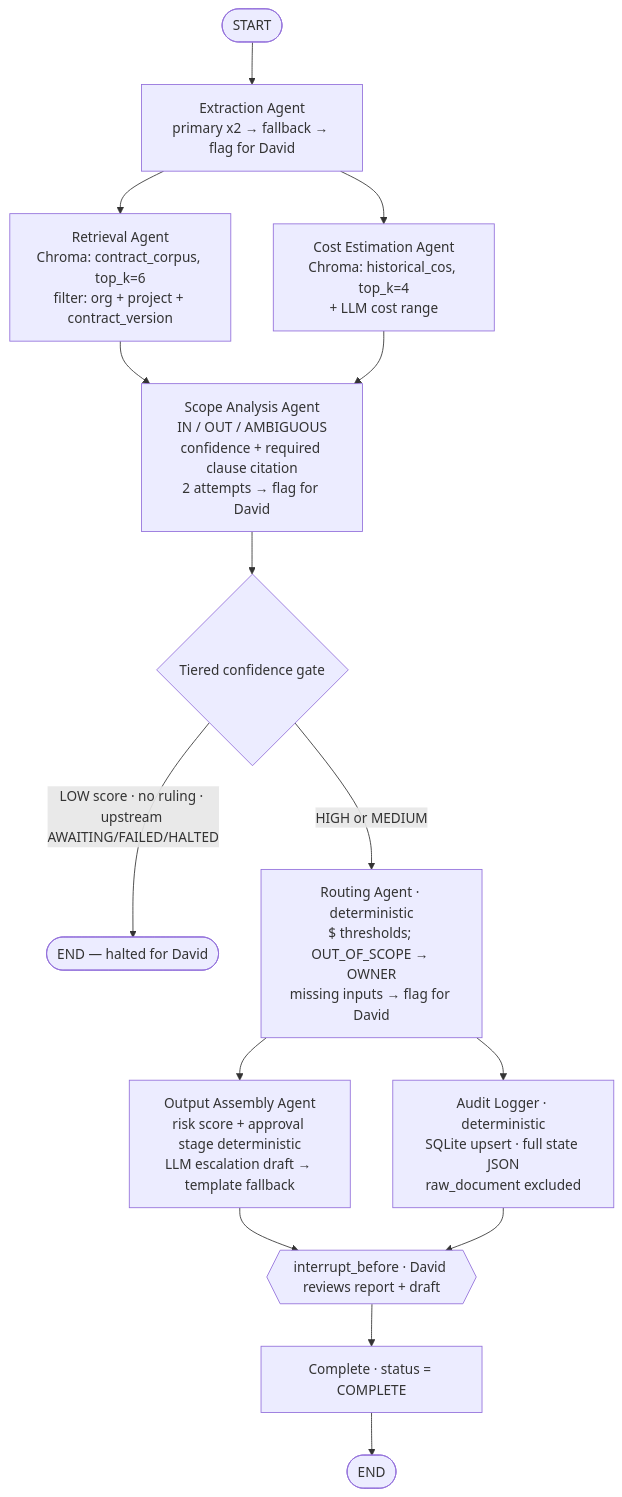
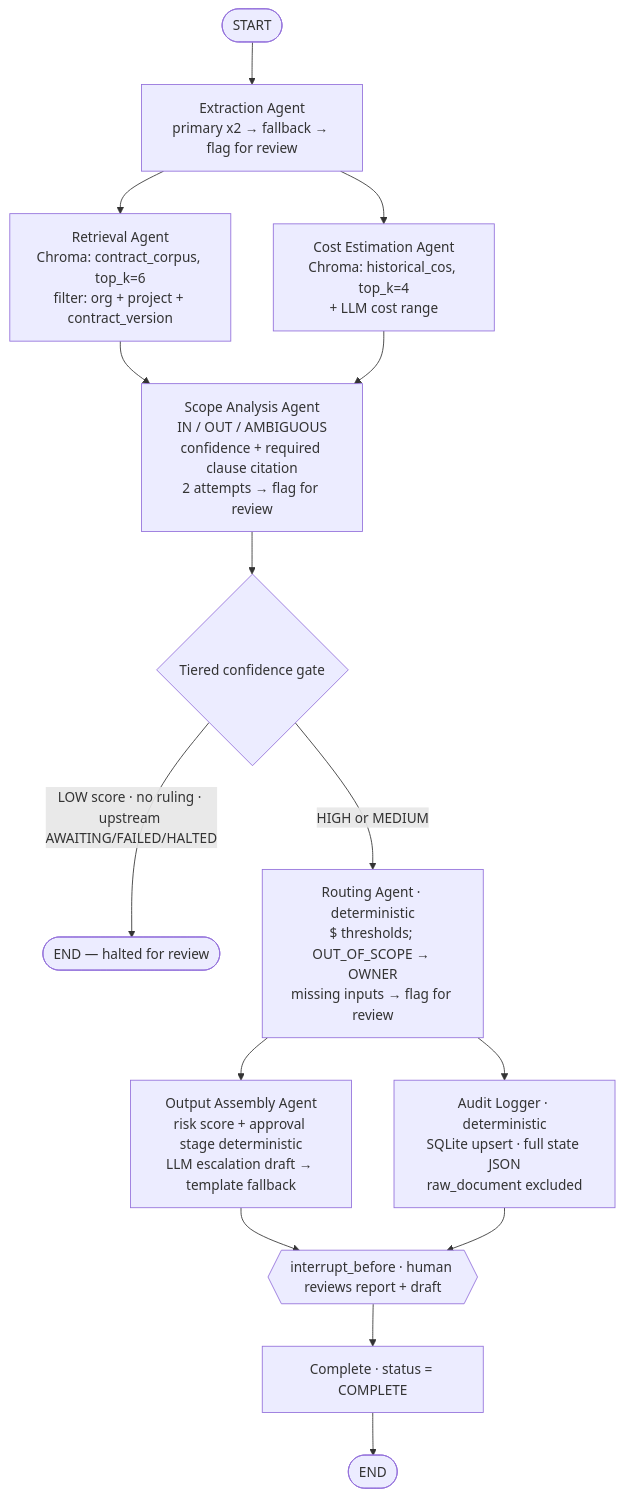
Before and after one commit to bmt3755/change-order-agent: the second of 2 diagrams in README.md, drawn with Mermaid. The commit also changed other lines of this file, not shown here.

Commit message:
Generalize human-review references in README

````diff
--- a/README.md
+++ b/README.md
@@ -67,22 +67,22 @@
 ```mermaid
 flowchart TD
-    START([START]) --> EX[Extraction Agent<br/>primary x2 → fallback → flag for David]
+    START([START]) --> EX[Extraction Agent<br/>primary x2 → fallback → flag for review]
 
     EX --> RET[Retrieval Agent<br/>Chroma: contract_corpus, top_k=6<br/>filter: org + project + contract_version]
     EX --> COST[Cost Estimation Agent<br/>Chroma: historical_cos, top_k=4<br/>+ LLM cost range]
 
-    RET --> SCOPE[Scope Analysis Agent<br/>IN / OUT / AMBIGUOUS<br/>confidence + required clause citation<br/>2 attempts → flag for David]
+    RET --> SCOPE[Scope Analysis Agent<br/>IN / OUT / AMBIGUOUS<br/>confidence + required clause citation<br/>2 attempts → flag for review]
     COST --> SCOPE
 
     SCOPE --> GATE{Tiered confidence gate}
-    GATE -->|LOW score · no ruling · upstream AWAITING/FAILED/HALTED| HALT([END — halted for David])
-    GATE -->|HIGH or MEDIUM| ROUTE[Routing Agent · deterministic<br/>$ thresholds; OUT_OF_SCOPE → OWNER<br/>missing inputs → flag for David]
+    GATE -->|LOW score · no ruling · upstream AWAITING/FAILED/HALTED| HALT([END — halted for review])
+    GATE -->|HIGH or MEDIUM| ROUTE[Routing Agent · deterministic<br/>$ thresholds; OUT_OF_SCOPE → OWNER<br/>missing inputs → flag for review]
 
     ROUTE --> ASM[Output Assembly Agent<br/>risk score + approval stage deterministic<br/>LLM escalation draft → template fallback]
     ROUTE --> AUD[Audit Logger · deterministic<br/>SQLite upsert · full state JSON<br/>raw_document excluded]
 
-    ASM --> HITL{{interrupt_before · David reviews report + draft}}
+    ASM --> HITL{{interrupt_before · human reviews report + draft}}
     AUD --> HITL
     HITL --> DONE[Complete · status = COMPLETE]
     DONE --> ENDN([END])
 ```
````
